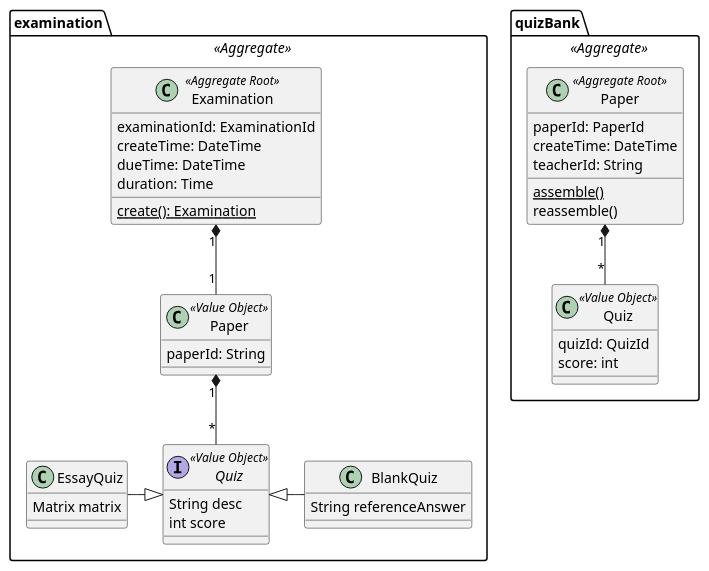
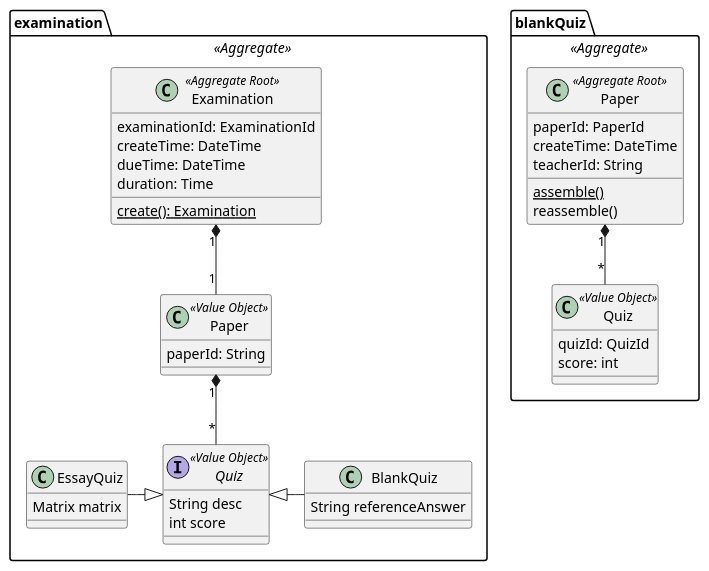
The diagram in exam-plantform/design/multi-aggregate.puml (devripple/ddd), drawn with PlantUML before and after one commit. The commit also changed 68 other files, not shown here.

Commit message:
add blankQuiz & assemble paper context

```diff
--- a/exam-plantform/design/multi-aggregate.puml
+++ b/exam-plantform/design/multi-aggregate.puml
@@ -1,56 +1,56 @@
 @startuml
 
 
-package quizBank <<Aggregate>> {
+package blankQuiz <<Aggregate>> {
     class Paper <<Aggregate Root>> {
         paperId: PaperId
         createTime: DateTime
         teacherId: String
         {static} assemble()
         reassemble()
     }
 
     class "Quiz" as q1 <<Value Object>> {
         quizId: QuizId
         score: int
     }
 
     Paper "1" *-- "*" q1
 }
 
 
 package "examination" <<Aggregate>> {
         class Examination <<Aggregate Root>> {
             examinationId: ExaminationId
             createTime: DateTime
             dueTime: DateTime
             duration: Time
             {static} create(): Examination
         }
 
         class "Paper" as p2 <<Value Object>>{
             paperId: String
         }
 
         interface "Quiz" as q2 <<Value Object>>{
             String desc
             int score
         }
 
         class BlankQuiz {
             String referenceAnswer
         }
 
         class EssayQuiz {
             Matrix matrix
         }
 
 
 
         Examination "1" *-- "1" p2
         p2 "1" *-- "*" q2
         q2 <|-right- BlankQuiz
         q2 <|-left- EssayQuiz
 
     }
 @enduml
```
